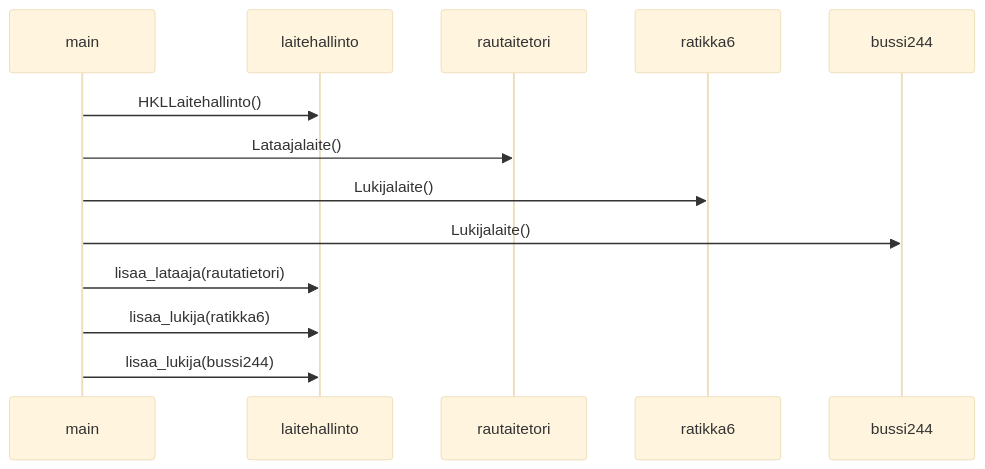
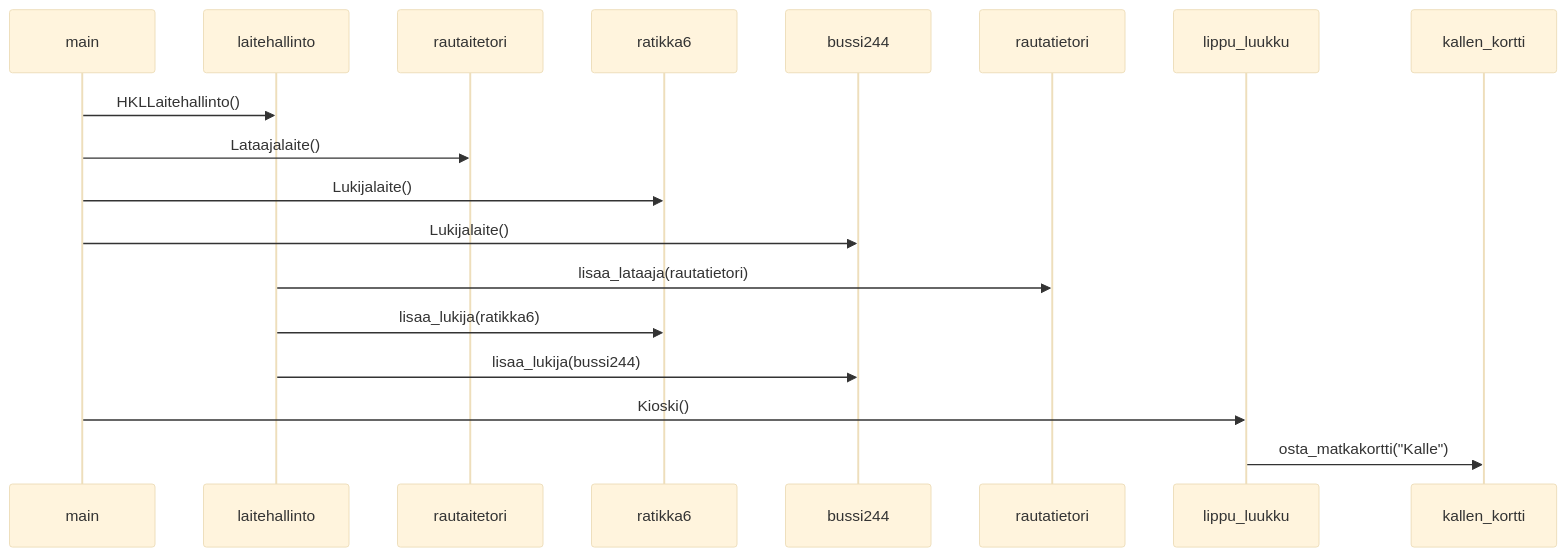
Before and after one commit to annica-henriette/ot-harjoitustyo: the diagram in laskarit/viikko3/sekvenssikaavio.md, drawn with Mermaid (base theme).

Commit message:
added sequence diagram

````diff
--- a/laskarit/viikko3/sekvenssikaavio.md
+++ b/laskarit/viikko3/sekvenssikaavio.md
@@ -1,12 +1,14 @@
 ```mermaid
 sequenceDiagram
     participant main
     
     main->>laitehallinto: HKLLaitehallinto()
     main->>rautaitetori: Lataajalaite()
     main->>ratikka6: Lukijalaite()
     main->>bussi244: Lukijalaite()
-    main->>laitehallinto: lisaa_lataaja(rautatietori)
-    main->>laitehallinto: lisaa_lukija(ratikka6)
-    main->>laitehallinto: lisaa_lukija(bussi244)
+    laitehallinto->>rautatietori: lisaa_lataaja(rautatietori)
+    laitehallinto->>ratikka6: lisaa_lukija(ratikka6)
+    laitehallinto->>bussi244: lisaa_lukija(bussi244)
+    main->>lippu_luukku: Kioski()
+    lippu_luukku->>kallen_kortti: osta_matkakortti("Kalle")
 ```
````
